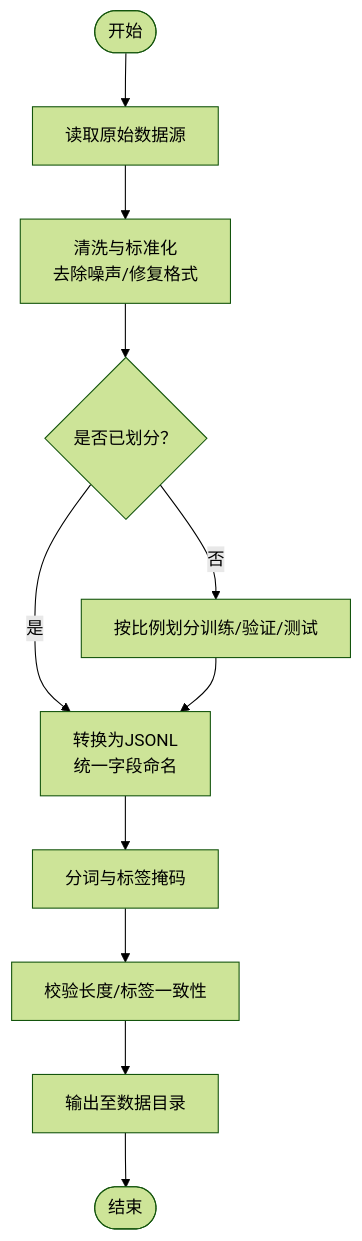
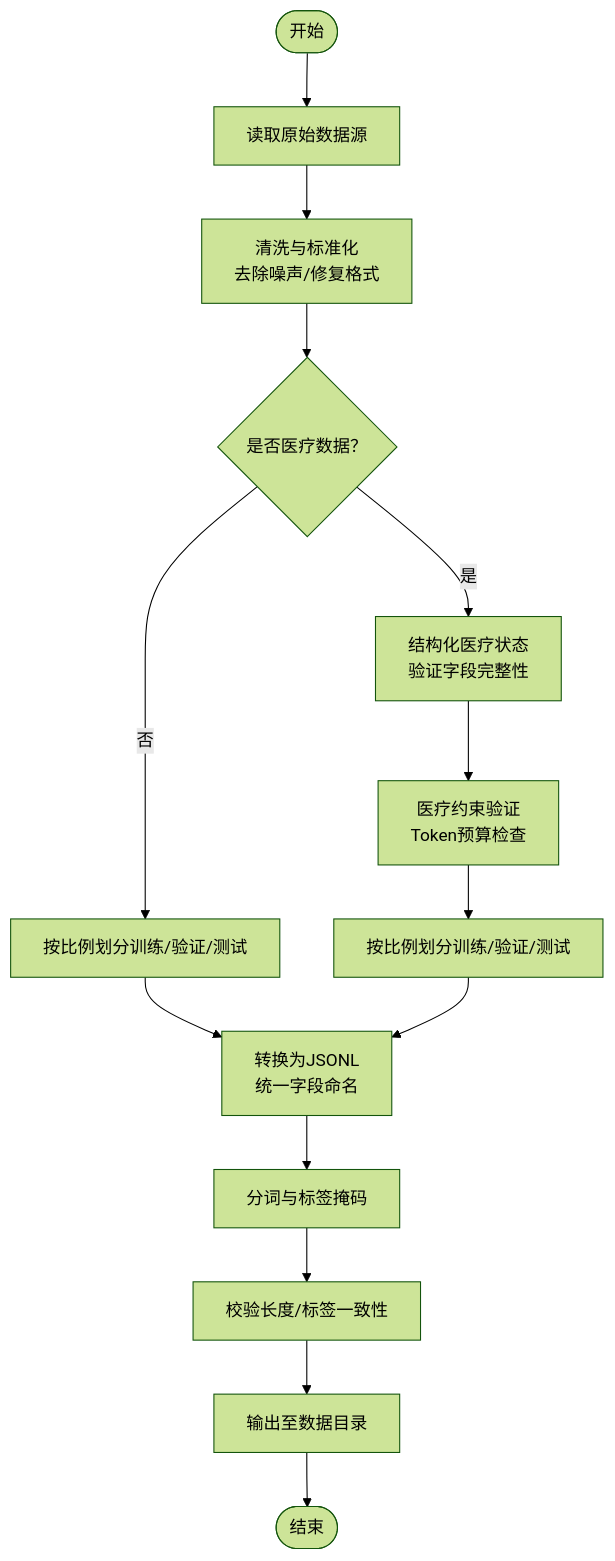
Before and after one commit to joezxh/kev: the sixth of 12 diagrams in .qoder/repowiki/zh/content/训练框架/训练框架.md, drawn with Mermaid (forest theme). The commit also changed other lines of this file and 70 other files, not shown here.

````diff
--- a/.qoder/repowiki/zh/content/训练框架/训练框架.md
+++ b/.qoder/repowiki/zh/content/训练框架/训练框架.md
@@ -150,13 +323,16 @@
 ```mermaid
 flowchart TD
 Start(["开始"]) --> Read["读取原始数据源"]
 Read --> Clean["清洗与标准化<br/>去除噪声/修复格式"]
-Clean --> Split{"是否已划分？"}
-Split --> |否| Partition["按比例划分训练/验证/测试"]
-Split --> |是| Format["转换为JSONL<br/>统一字段命名"]
-Partition --> Format
+Clean --> Medical{"是否医疗数据？"}
+Medical --> |是| Struct["结构化医疗状态<br/>验证字段完整性"]
+Medical --> |否| Partition["按比例划分训练/验证/测试"]
+Struct --> Validate["医疗约束验证<br/>Token预算检查"]
+Validate --> Split["按比例划分训练/验证/测试"]
+Partition --> Format["转换为JSONL<br/>统一字段命名"]
+Split --> Format
 Format --> Tokenize["分词与标签掩码"]
-Tokenize --> Validate["校验长度/标签一致性"]
-Validate --> Output["输出至数据目录"]
+Tokenize --> Validate2["校验长度/标签一致性"]
+Validate2 --> Output["输出至数据目录"]
 Output --> End(["结束"])
 ```
````
